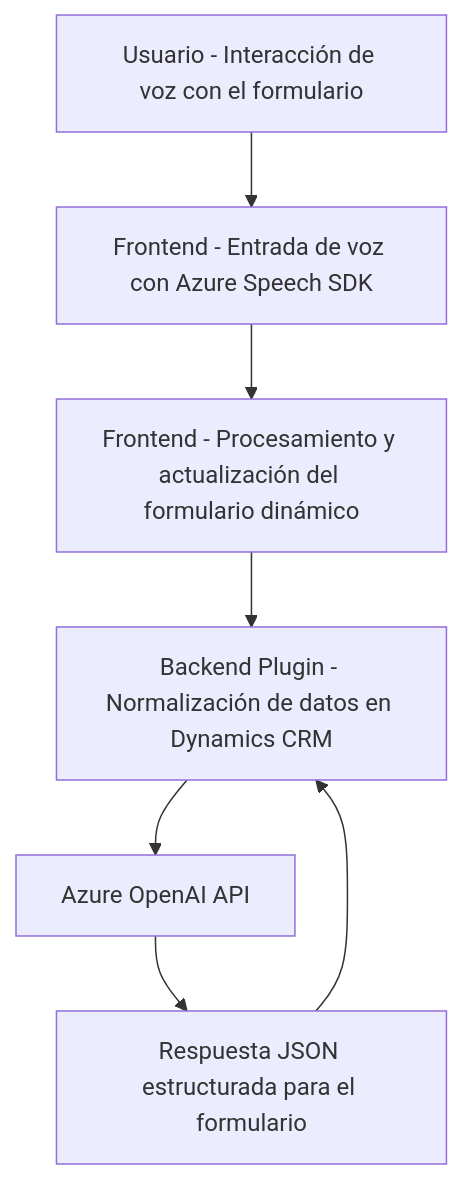
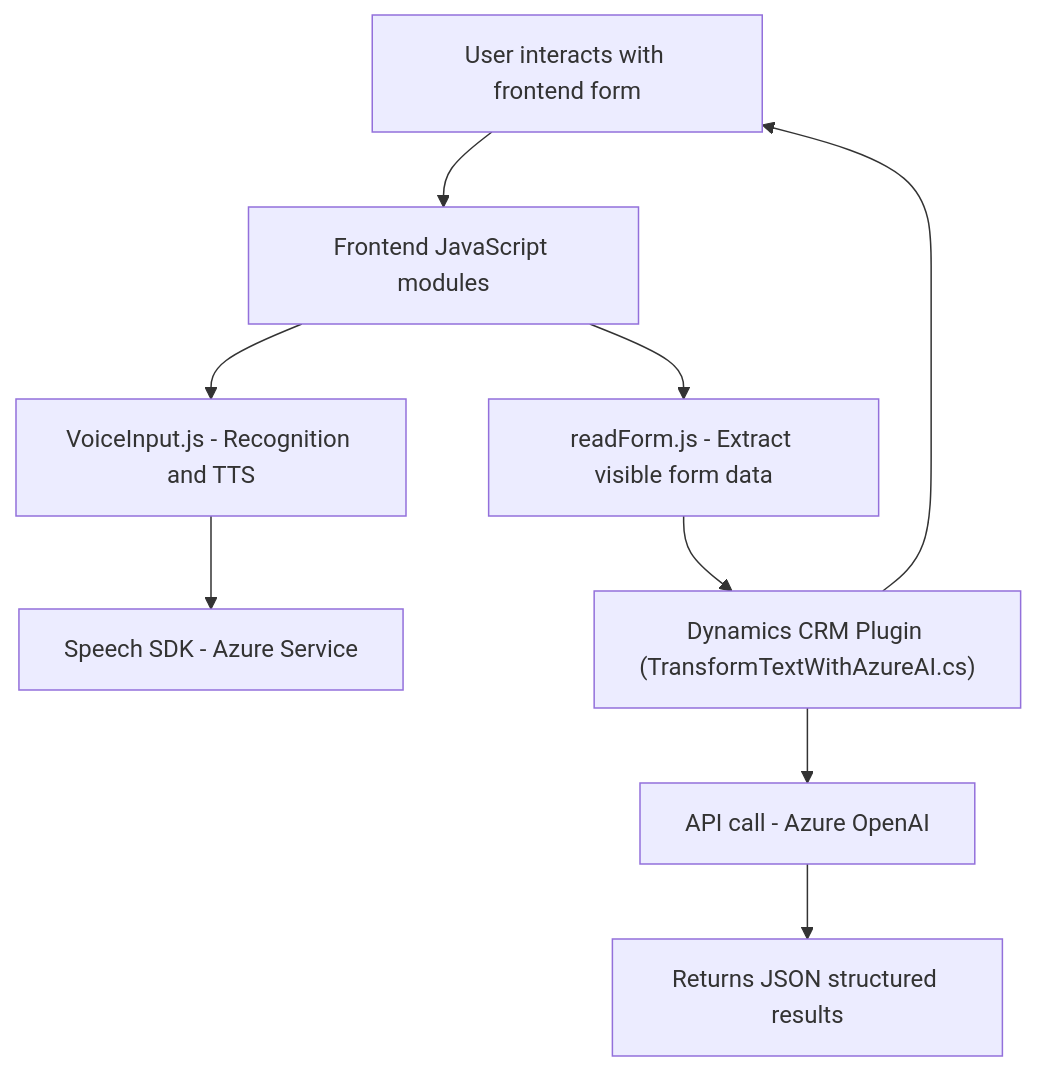
Before and after one commit to blopezdm/NETCORE_BILBAO2025: the diagram in README.md, drawn with Mermaid. The commit also changed other lines of this file, not shown here.

Commit message:
Actualizar análisis global de la solución con IA

````diff
--- a/README.md
+++ b/README.md
@@ -34,16 +60,20 @@
 ```mermaid
 graph TD
-    A["Usuario - Interacción de voz con el formulario"]
-    B["Frontend - Entrada de voz con Azure Speech SDK"]
-    C["Frontend - Procesamiento y actualización del formulario dinámico"]
-    D["Backend Plugin - Normalización de datos en Dynamics CRM"]
-    E["Azure OpenAI API"]
-    F["Respuesta JSON estructurada para el formulario"]
+    A["User interacts with frontend form"]
+    B["Frontend JavaScript modules"]
+    C["VoiceInput.js - Recognition and TTS"]
+    D["readForm.js - Extract visible form data"]
+    E["Speech SDK - Azure Service"]
+    F["Dynamics CRM Plugin (TransformTextWithAzureAI.cs)"]
+    G["API call - Azure OpenAI"]
+    H["Returns JSON structured results"]
 
     A --> B
     B --> C
-    C --> D
-    D --> E
-    E --> F
-    F --> D
+    B --> D
+    C --> E
+    D --> F
+    F --> G
+    G --> H
+    F --> A
 ```
````
